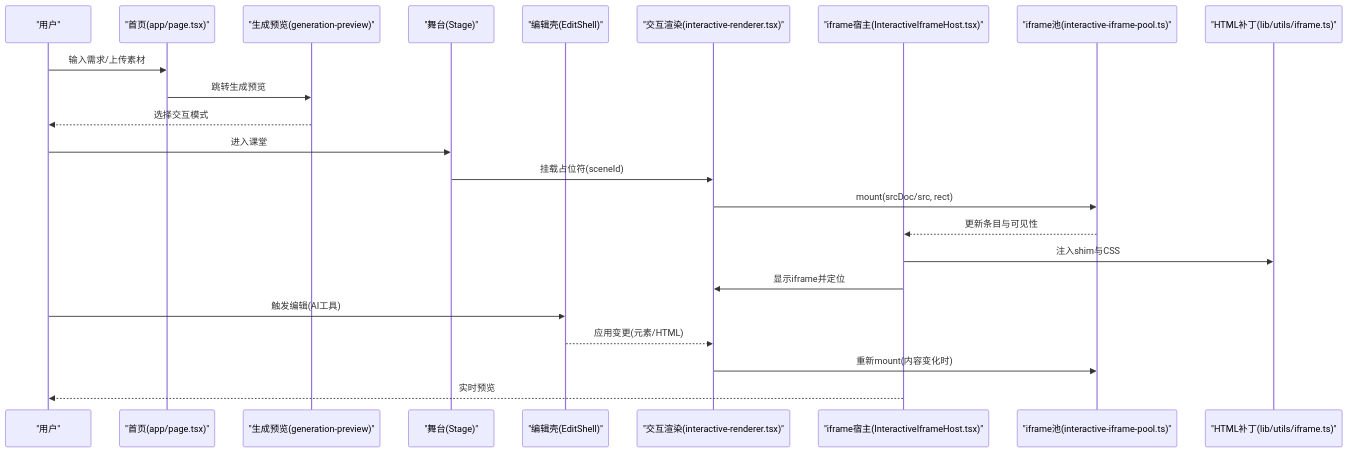
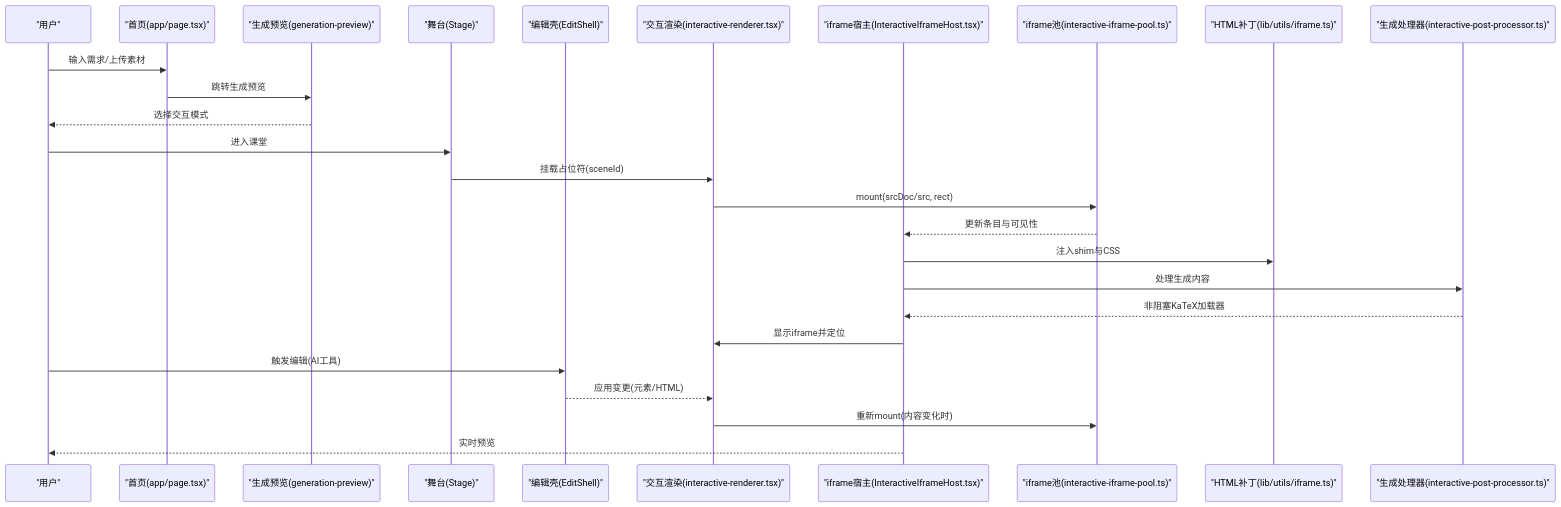
Before and after one commit to huangboheng/OpenMAIC: the first of 2 diagrams in .qoder/repowiki/zh/content/核心功能/编辑器系统/交互式内容编辑器.md, drawn with Mermaid. The commit also changed other lines of this file and 43 other files, not shown here.

````diff
--- a/.qoder/repowiki/zh/content/核心功能/编辑器系统/交互式内容编辑器.md
+++ b/.qoder/repowiki/zh/content/核心功能/编辑器系统/交互式内容编辑器.md
@@ -46,25 +58,28 @@
 ```mermaid
 sequenceDiagram
 participant U as "用户"
 participant Home as "首页(app/page.tsx)"
 participant Preview as "生成预览(generation-preview)"
 participant Stage as "舞台(Stage)"
 participant Shell as "编辑壳(EditShell)"
 participant Renderer as "交互渲染(interactive-renderer.tsx)"
 participant Host as "iframe宿主(InteractiveIframeHost.tsx)"
 participant Pool as "iframe池(interactive-iframe-pool.ts)"
 participant Patch as "HTML补丁(lib/utils/iframe.ts)"
+participant PostProc as "生成处理器(interactive-post-processor.ts)"
 U->>Home : 输入需求/上传素材
 Home->>Preview : 跳转生成预览
 Preview-->>U : 选择交互模式
 U->>Stage : 进入课堂
 Stage->>Renderer : 挂载占位符(sceneId)
 Renderer->>Pool : mount(srcDoc/src, rect)
 Pool-->>Host : 更新条目与可见性
 Host->>Patch : 注入shim与CSS
+Host->>PostProc : 处理生成内容
+PostProc-->>Host : 非阻塞KaTeX加载器
 Host->>Renderer : 显示iframe并定位
 U->>Shell : 触发编辑(AI工具)
 Shell-->>Renderer : 应用变更(元素/HTML)
 Renderer->>Pool : 重新mount(内容变化时)
 Host-->>U : 实时预览
 ```
````
